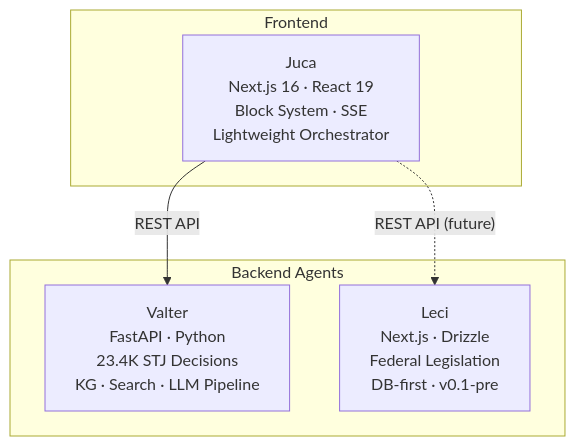
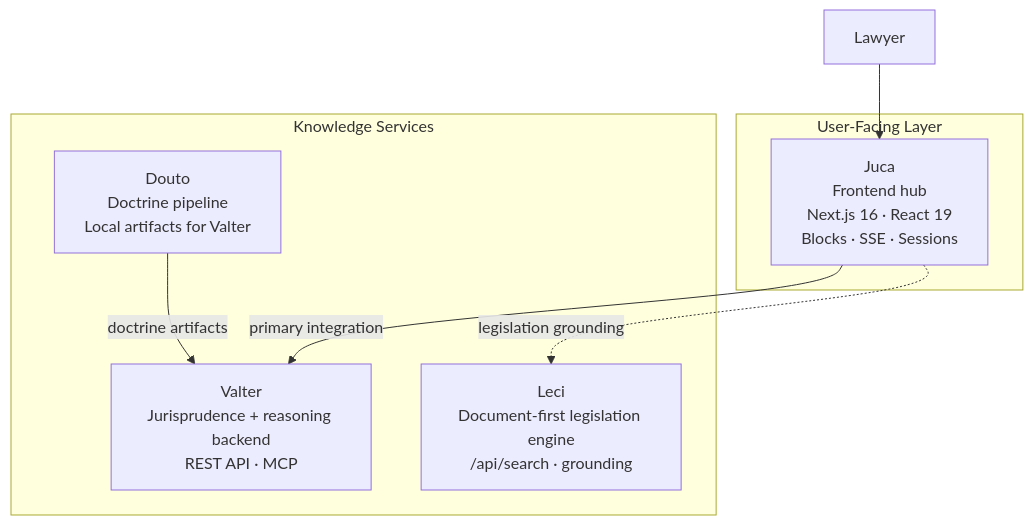
The diagram in sites/juca/src/content/docs/index.md (sensdiego/sens.legal), drawn with Mermaid before and after one commit. The commit also changed other lines of this file and 57 other files, not shown here.

````diff
--- a/sites/juca/src/content/docs/index.md
+++ b/sites/juca/src/content/docs/index.md
@@ -30,12 +30,18 @@
 ```mermaid
 graph TB
-    subgraph "Frontend"
-        Juca["Juca<br/>Next.js 16 · React 19<br/>Block System · SSE<br/>Lightweight Orchestrator"]
+    User["Lawyer"]
+
+    subgraph "User-Facing Layer"
+        Juca["Juca<br/>Frontend hub<br/>Next.js 16 · React 19<br/>Blocks · SSE · Sessions"]
     end
-    subgraph "Backend Agents"
-        Valter["Valter<br/>FastAPI · Python<br/>23.4K STJ Decisions<br/>KG · Search · LLM Pipeline"]
-        Leci["Leci<br/>Next.js · Drizzle<br/>Federal Legislation<br/>DB-first · v0.1-pre"]
+    subgraph "Knowledge Services"
+        Valter["Valter<br/>Jurisprudence + reasoning backend<br/>REST API · MCP"]
+        Leci["Leci<br/>Document-first legislation engine<br/>/api/search · grounding"]
+        Douto["Douto<br/>Doctrine pipeline<br/>Local artifacts for Valter"]
     end
-    Juca -->|"REST API"| Valter
-    Juca -.->|"REST API (future)"| Leci
+
+    User --> Juca
+    Juca -->|"primary integration"| Valter
+    Juca -.->|"legislation grounding"| Leci
+    Douto -->|"doctrine artifacts"| Valter
 ```
````
